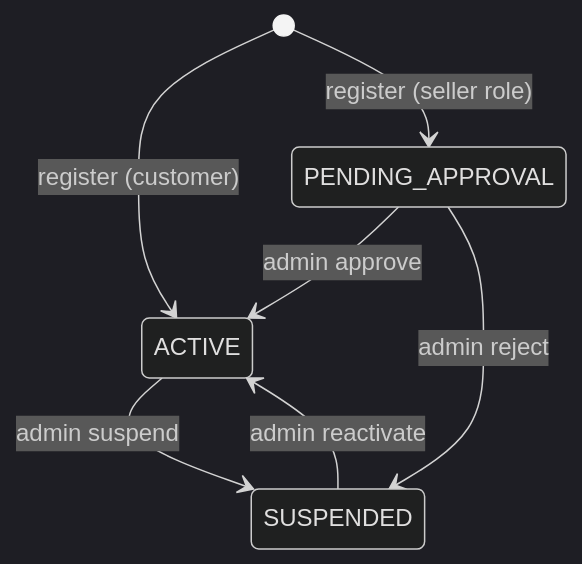
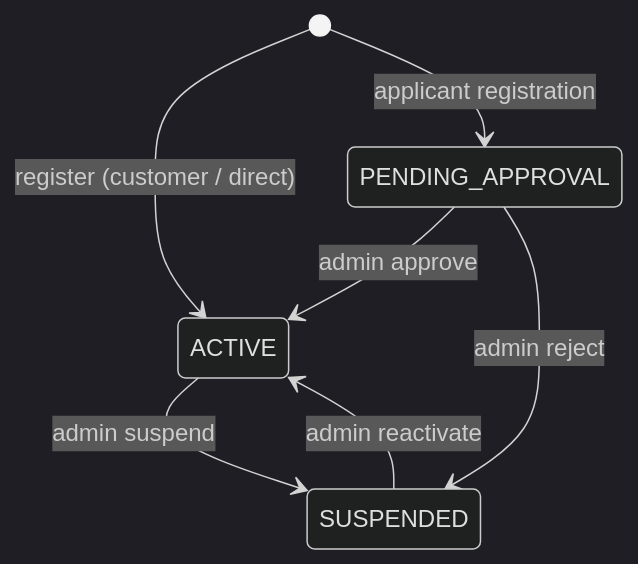
Before and after one commit to khinemyaezin/grab: the fourth of 6 diagrams in docs/dev/domain/identity/architecture/DGR_001-Identity_bounded_context_architecture.md, drawn with Mermaid (dark theme). The commit also changed other lines of this file and 178 other files, not shown here.

````diff
--- a/docs/dev/domain/identity/architecture/DGR_001-Identity_bounded_context_architecture.md
+++ b/docs/dev/domain/identity/architecture/DGR_001-Identity_bounded_context_architecture.md
@@ -202,12 +404,11 @@
 ```mermaid
 stateDiagram-v2
-    [*] --> ACTIVE : register (customer)
-    [*] --> PENDING_APPROVAL : register (seller role)
+    [*] --> ACTIVE : register (customer / direct)
+    [*] --> PENDING_APPROVAL : applicant registration
 
     PENDING_APPROVAL --> ACTIVE : admin approve
     PENDING_APPROVAL --> SUSPENDED : admin reject
 
     ACTIVE --> SUSPENDED : admin suspend
-
     SUSPENDED --> ACTIVE : admin reactivate
 ```
````
